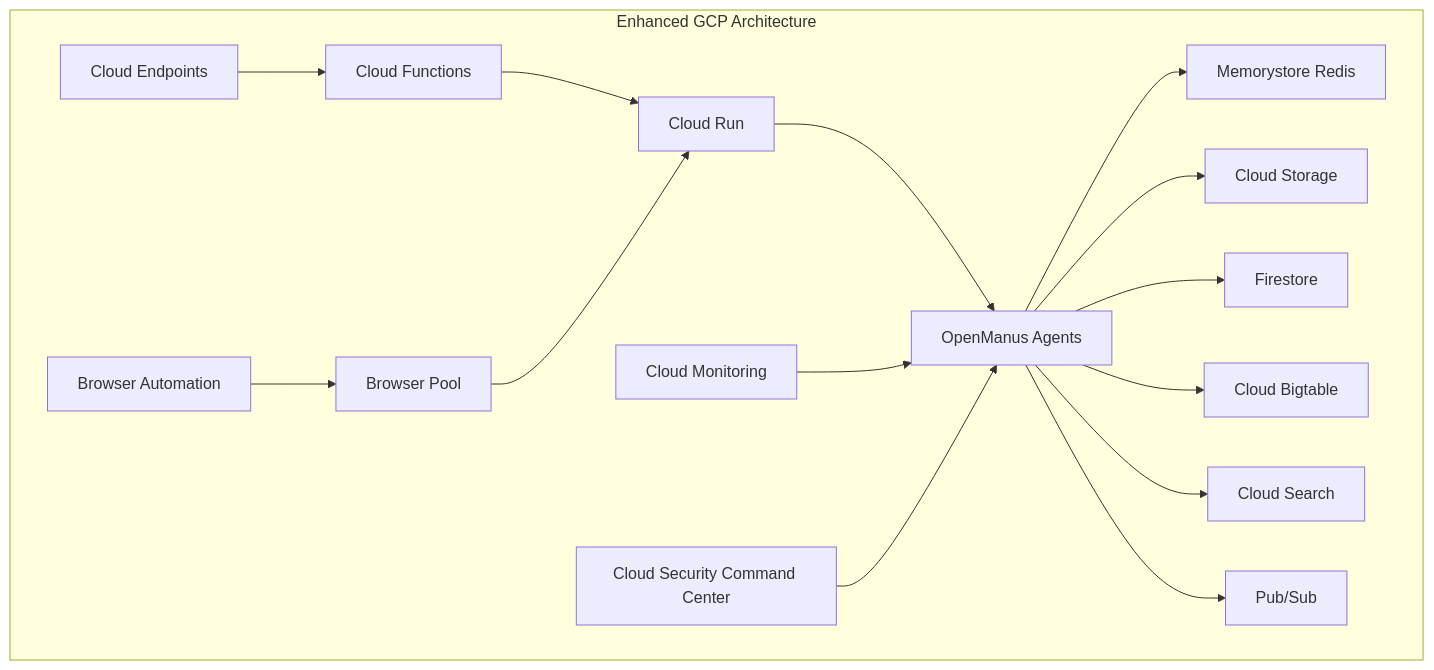
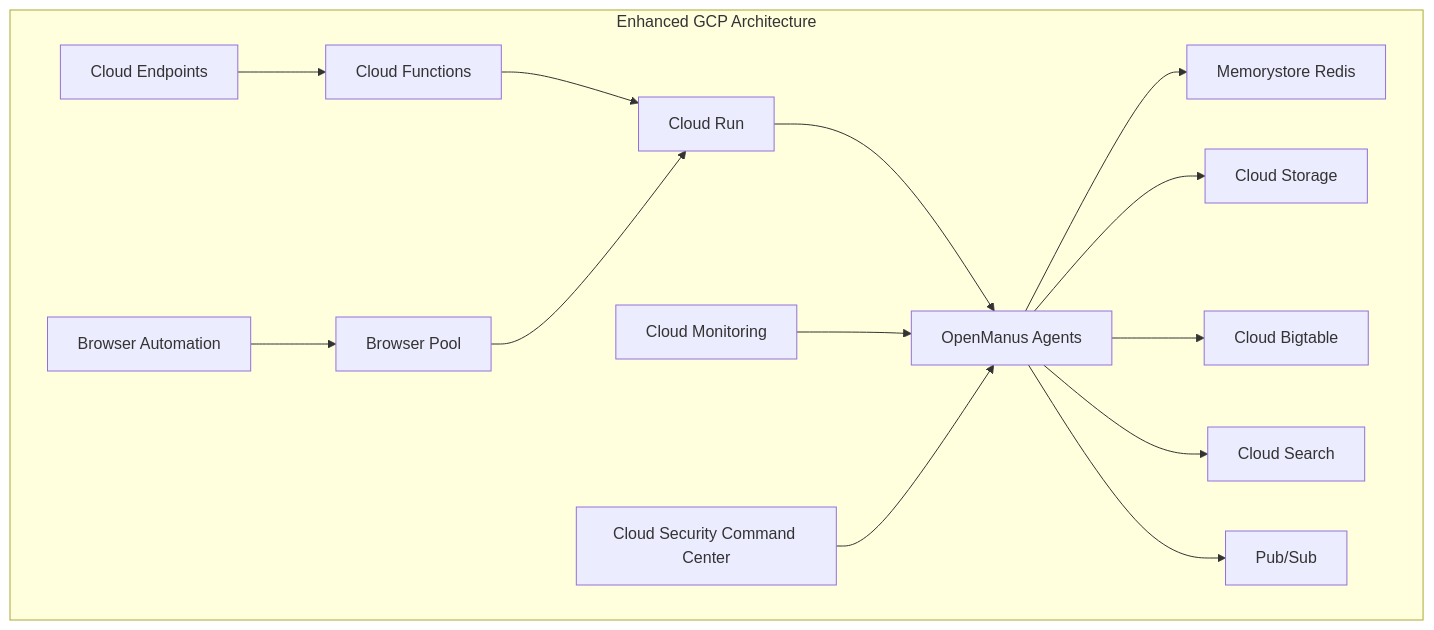
The sixth of 6 diagrams in Cloud_Scaling_Proposals.md (richardstanley/OpenManus), drawn with Mermaid before and after one commit. The commit also changed other lines of this file, not shown here.

````diff
--- a/Cloud_Scaling_Proposals.md
+++ b/Cloud_Scaling_Proposals.md
@@ -614,18 +689,17 @@
 ```mermaid
 graph TD
     subgraph Enhanced GCP Architecture
         A[Cloud Endpoints] --> B[Cloud Functions]
         B --> C[Cloud Run]
         C --> D[OpenManus Agents]
         D --> E[Memorystore Redis]
         D --> F[Cloud Storage]
-        D --> G[Firestore]
-        D --> H[Cloud Bigtable]
-        D --> I[Cloud Search]
-        D --> J[Pub/Sub]
+        D --> G[Cloud Bigtable]
+        D --> H[Cloud Search]
+        D --> I[Pub/Sub]
         K[Cloud Monitoring] --> D
         L[Cloud Security Command Center] --> D
         M[Browser Automation] --> N[Browser Pool]
         N --> C
     end
 ```
````
